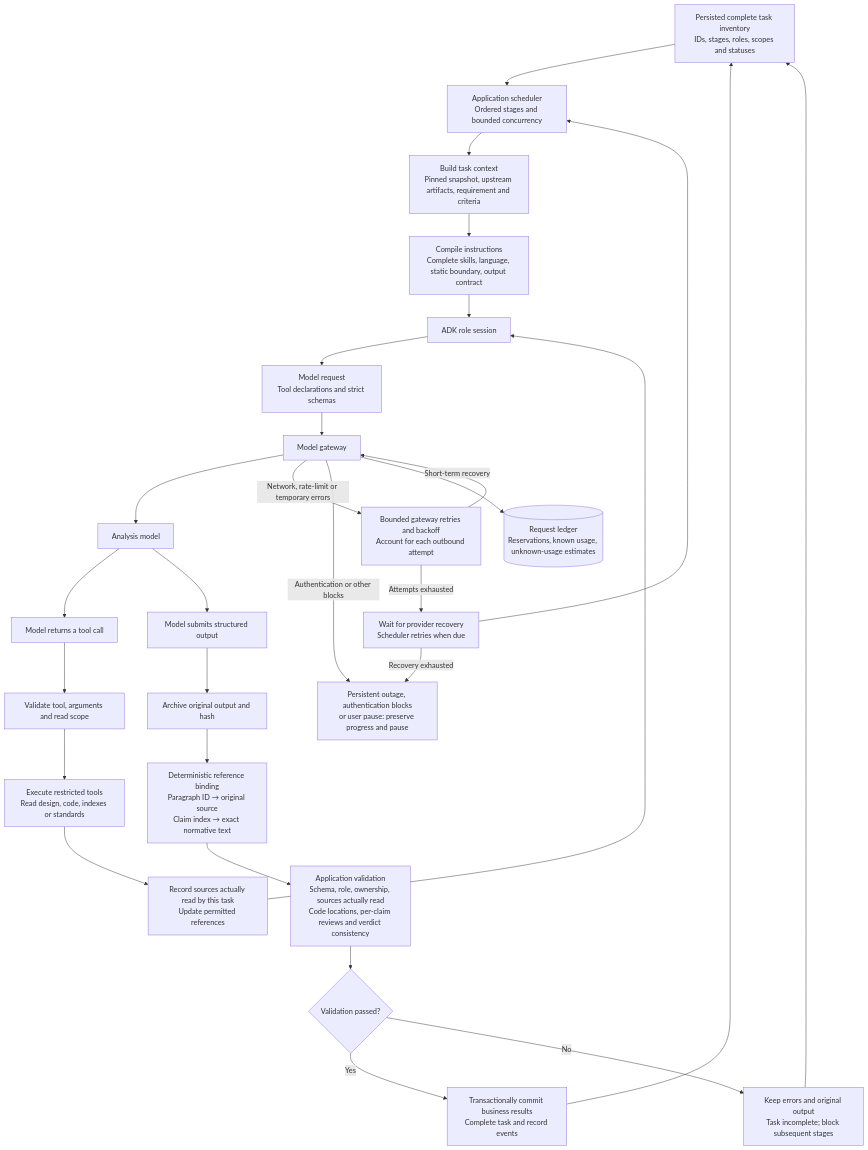
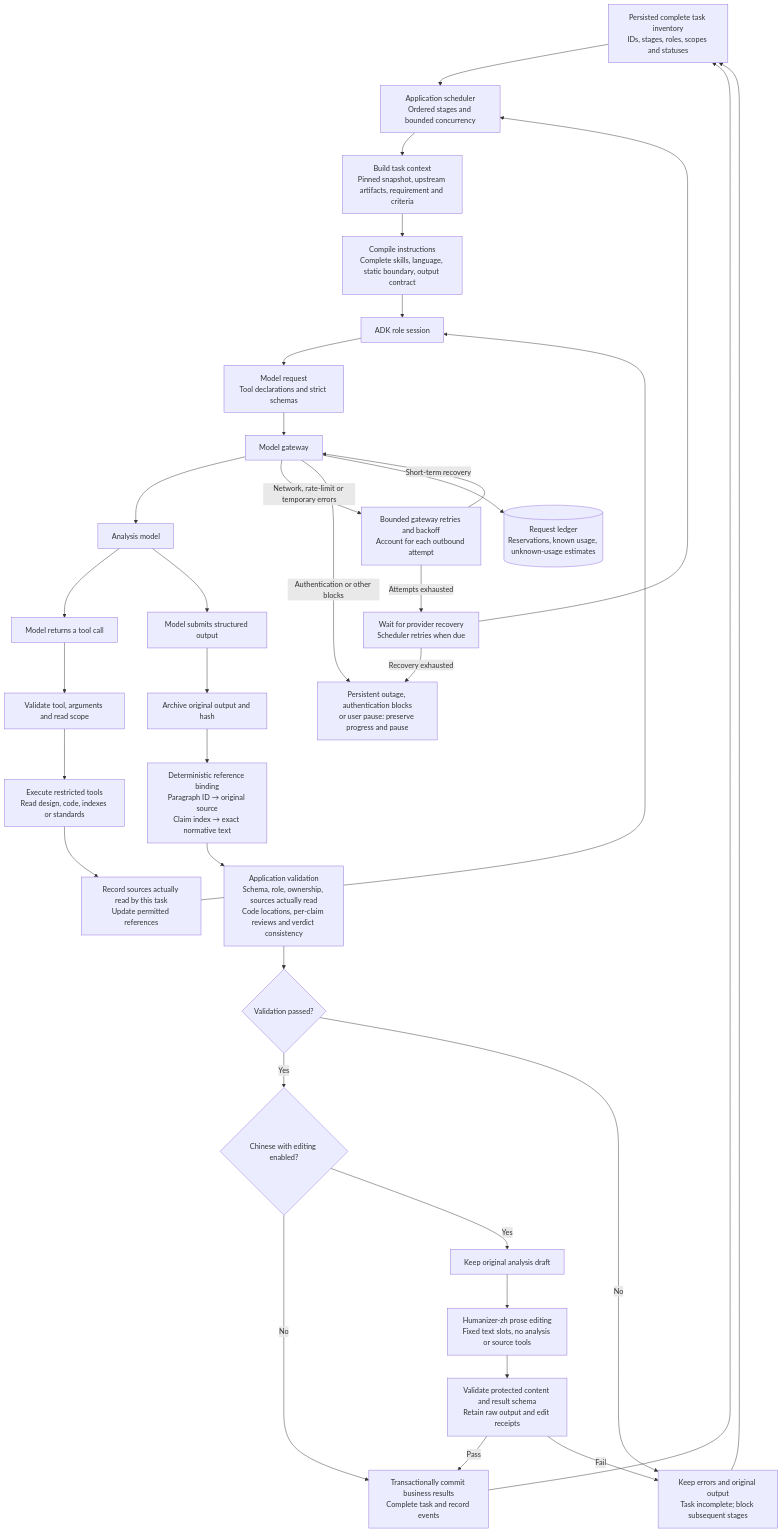
Before and after one commit to devB2433/PAthena: the fifth of 7 diagrams in README.en.md, drawn with Mermaid. The commit also changed other lines of this file and 56 other files, not shown here.

Commit message:
Generate Chinese analysis with canonical localized skills and guarded Humanizer editing

````diff
--- a/README.en.md
+++ b/README.en.md
@@ -311,54 +311,64 @@
 ```mermaid
 flowchart TB
     TASKS["Persisted complete task inventory<br/>IDs, stages, roles, scopes and statuses"]
     SCHED["Application scheduler<br/>Ordered stages and bounded concurrency"]
     CONTEXT["Build task context<br/>Pinned snapshot, upstream artifacts, requirement and criteria"]
     PROMPT["Compile instructions<br/>Complete skills, language, static boundary, output contract"]
     SESSION["ADK role session"]
     REQUEST["Model request<br/>Tool declarations and strict schemas"]
     GATEWAY["Model gateway"]
     MODEL["Analysis model"]
     TOOLCALL["Model returns a tool call"]
     TOOLCHECK["Validate tool, arguments and read scope"]
     READ["Execute restricted tools<br/>Read design, code, indexes or standards"]
     READLOG["Record sources actually read by this task<br/>Update permitted references"]
     SUBMIT["Model submits structured output"]
     ARCHIVE["Archive original output and hash"]
     REFERENCE["Deterministic reference binding<br/>Paragraph ID → original source<br/>Claim index → exact normative text"]
     CHECK["Application validation<br/>Schema, role, ownership, sources actually read<br/>Code locations, per-claim reviews and verdict consistency"]
     VALID{"Validation passed?"}
+    CHINESE{"Chinese with editing enabled?"}
+    DRAFT["Keep original analysis draft"]
+    EDIT["Humanizer-zh prose editing<br/>Fixed text slots, no analysis or source tools"]
+    EDITCHECK["Validate protected content and result schema<br/>Retain raw output and edit receipts"]
     COMMIT["Transactionally commit business results<br/>Complete task and record events"]
     FAIL["Keep errors and original output<br/>Task incomplete; block subsequent stages"]
     RETRY["Bounded gateway retries and backoff<br/>Account for each outbound attempt"]
     WAIT["Wait for provider recovery<br/>Scheduler retries when due"]
     PAUSE["Persistent outage, authentication blocks<br/>or user pause: preserve progress and pause"]
     LEDGER[("Request ledger<br/>Reservations, known usage, unknown-usage estimates")]
     TASKS --> SCHED
     SCHED --> CONTEXT
     CONTEXT --> PROMPT
     PROMPT --> SESSION
     SESSION --> REQUEST
     REQUEST --> GATEWAY
     GATEWAY --> MODEL
     MODEL --> TOOLCALL
     TOOLCALL --> TOOLCHECK
     TOOLCHECK --> READ
     READ --> READLOG
     READLOG --> SESSION
     MODEL --> SUBMIT
     SUBMIT --> ARCHIVE
     ARCHIVE --> REFERENCE
     REFERENCE --> CHECK
     CHECK --> VALID
-    VALID -->|"Yes"| COMMIT
+    VALID -->|"Yes"| CHINESE
+    CHINESE -->|"No"| COMMIT
+    CHINESE -->|"Yes"| DRAFT
+    DRAFT --> EDIT
+    EDIT --> EDITCHECK
+    EDITCHECK -->|"Pass"| COMMIT
+    EDITCHECK -->|"Fail"| FAIL
     COMMIT --> TASKS
     VALID -->|"No"| FAIL
     FAIL --> TASKS
     GATEWAY -->|"Network, rate-limit or temporary errors"| RETRY
     RETRY -->|"Short-term recovery"| GATEWAY
     RETRY -->|"Attempts exhausted"| WAIT
     WAIT --> SCHED
     WAIT -->|"Recovery exhausted"| PAUSE
     GATEWAY -->|"Authentication or other blocks"| PAUSE
     GATEWAY --> LEDGER
 ```
````
